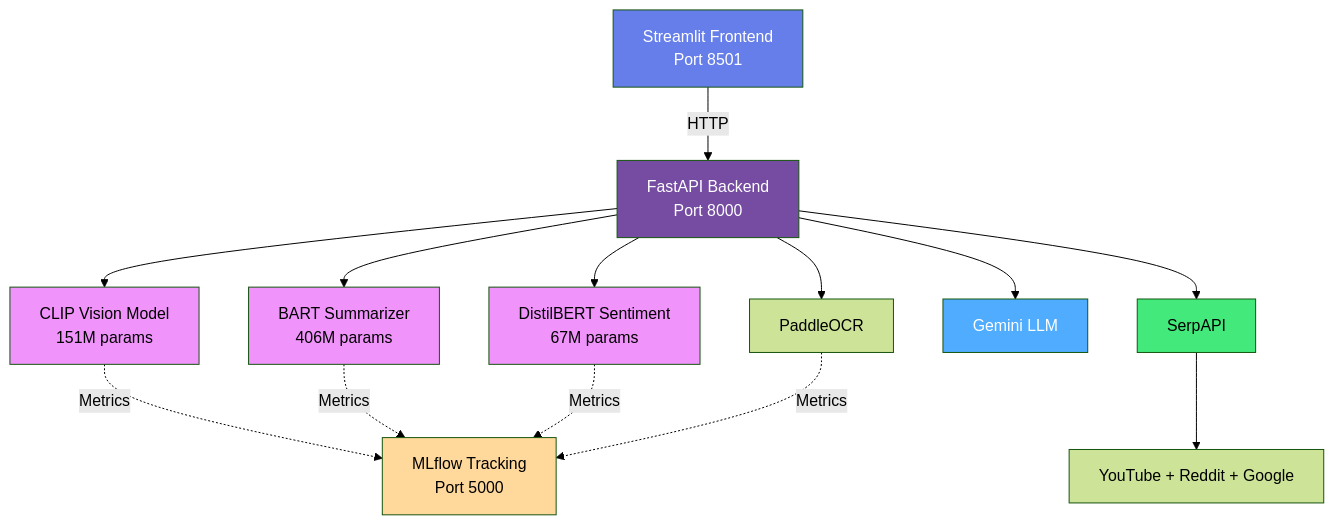
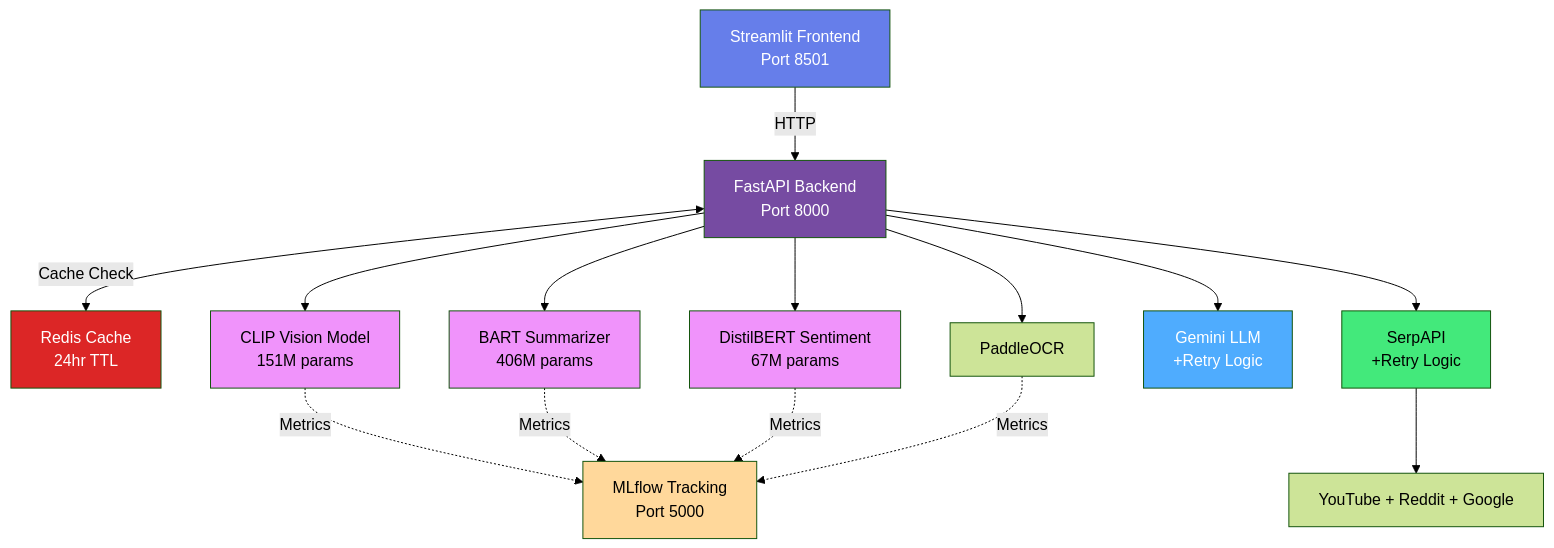
The first of 11 diagrams in docs/ARCHITECTURE.md (Shabeehak/ClarifyProductsAI), drawn with Mermaid (forest theme) before and after one commit. The commit also changed other lines of this file and 4 other files, not shown here.

````diff
--- a/docs/ARCHITECTURE.md
+++ b/docs/ARCHITECTURE.md
@@ -9,39 +9,42 @@
 ```mermaid
 graph TB
     UI[Streamlit Frontend<br/>Port 8501]
     API[FastAPI Backend<br/>Port 8000]
+    Redis[Redis Cache<br/>24hr TTL]
 
     CLIP[CLIP Vision Model<br/>151M params]
     BART[BART Summarizer<br/>406M params]
     DistilBERT[DistilBERT Sentiment<br/>67M params]
     OCR[PaddleOCR]
-    Gemini[Gemini LLM]
+    Gemini[Gemini LLM<br/>+Retry Logic]
 
-    SerpAPI[SerpAPI]
+    SerpAPI[SerpAPI<br/>+Retry Logic]
     Sources[YouTube + Reddit + Google]
     MLflow[MLflow Tracking<br/>Port 5000]
 
     UI -->|HTTP| API
+    API <-->|Cache Check| Redis
     API --> CLIP
     API --> BART
     API --> DistilBERT
     API --> OCR
     API --> Gemini
     API --> SerpAPI
 
     SerpAPI --> Sources
 
     CLIP -.->|Metrics| MLflow
     BART -.->|Metrics| MLflow
     DistilBERT -.->|Metrics| MLflow
     OCR -.->|Metrics| MLflow
 
     style UI fill:#667eea,color:#fff
     style API fill:#764ba2,color:#fff
+    style Redis fill:#dc2626,color:#fff
     style CLIP fill:#f093fb,color:#000
     style BART fill:#f093fb,color:#000
     style DistilBERT fill:#f093fb,color:#000
     style Gemini fill:#4facfe,color:#fff
     style SerpAPI fill:#43e97b,color:#000
     style MLflow fill:#ffd89b,color:#000
 ```
````
